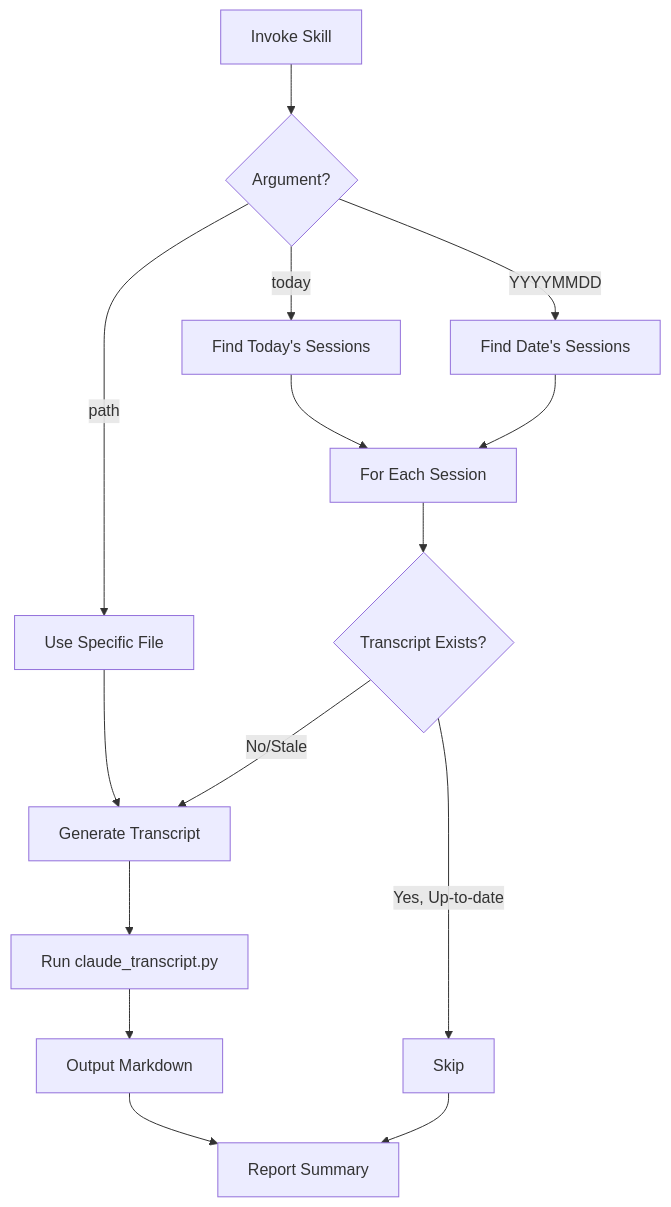
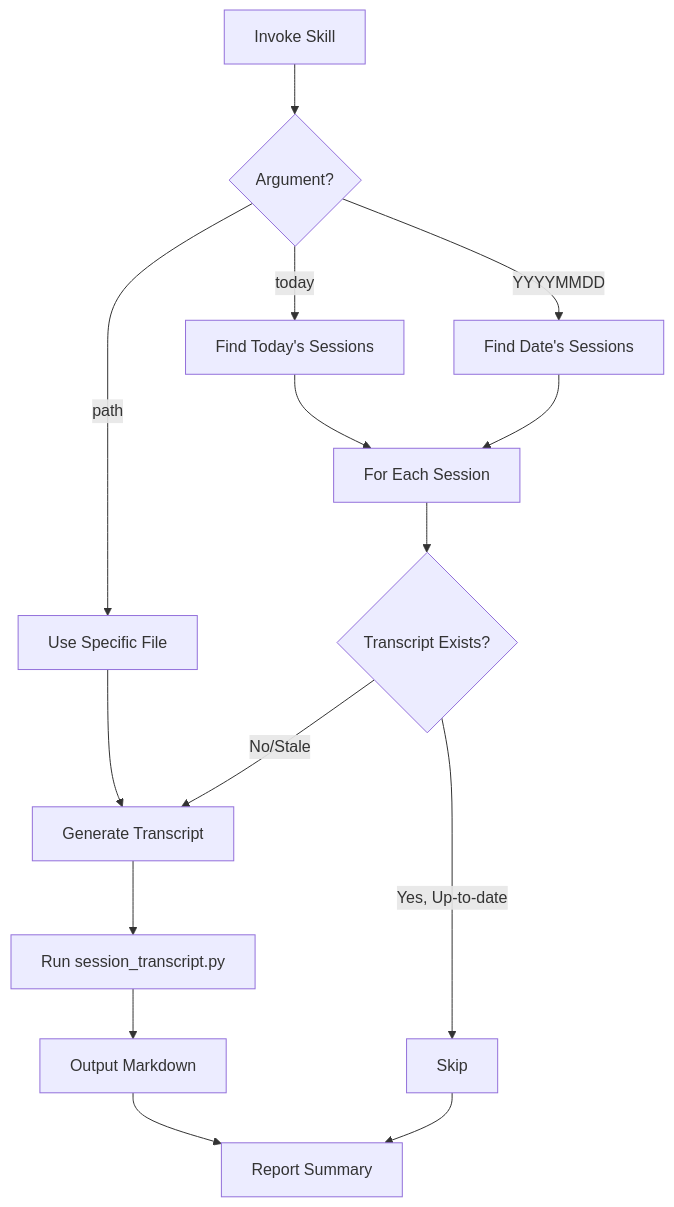
One commit to nicsuzor/academicOps changed the diagram in specs/transcript-skill.md. Above: the diagram before and after it, drawn with Mermaid. The commit also changed other lines of this file and 13 other files, not shown here.

````diff
--- a/specs/transcript-skill.md
+++ b/specs/transcript-skill.md
@@ -22,20 +22,20 @@
 ```mermaid
 graph TD
     A[Invoke Skill] --> B{Argument?}
     B -->|today| C[Find Today's Sessions]
     B -->|YYYYMMDD| D[Find Date's Sessions]
     B -->|path| E[Use Specific File]
 
     C --> F[For Each Session]
     D --> F
     E --> G[Generate Transcript]
 
     F --> H{Transcript Exists?}
     H -->|Yes, Up-to-date| I[Skip]
     H -->|No/Stale| G
 
-    G --> J[Run claude_transcript.py]
+    G --> J[Run session_transcript.py]
     J --> K[Output Markdown]
     K --> L[Report Summary]
     I --> L
 ```
````
